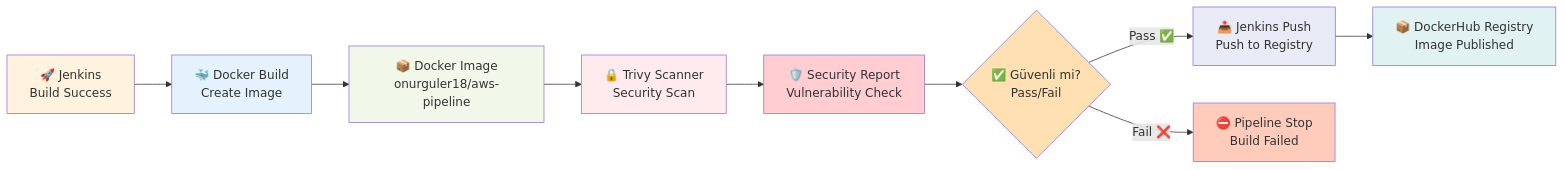
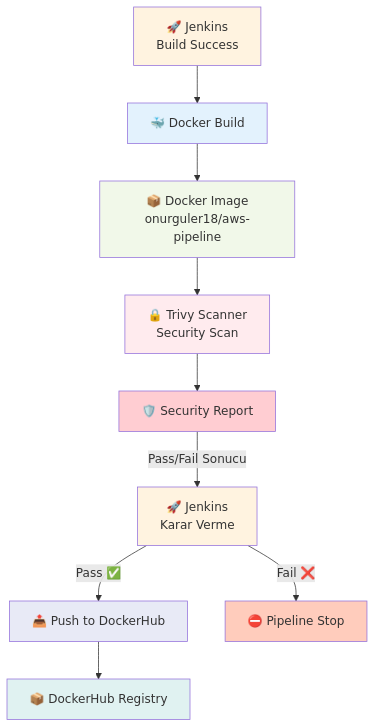
One commit to onurglr/aws-pipeline changed the fourth of 7 diagrams in README.md. Above: the diagram before and after it, drawn with Mermaid.

````diff
--- a/README.md
+++ b/README.md
@@ -172,21 +172,21 @@
 ```mermaid
-graph LR
-    JM[🚀 Jenkins<br/>Build Success] --> D[🐳 Docker Build<br/>Create Image]
+graph TB
+    JM[🚀 Jenkins<br/>Build Success] --> D[🐳 Docker Build]
     D --> IMG[📦 Docker Image<br/>onurguler18/aws-pipeline]
     IMG --> T[🔒 Trivy Scanner<br/>Security Scan]
-    T --> SEC[🛡️ Security Report<br/>Vulnerability Check]
-    SEC --> DEC{✅ Güvenli mi?<br/>Pass/Fail}
-    DEC -->|Pass ✅| PUSH[📤 Jenkins Push<br/>Push to Registry]
-    DEC -->|Fail ❌| STOP[⛔ Pipeline Stop<br/>Build Failed]
-    PUSH --> DH[📦 DockerHub Registry<br/>Image Published]
+    T --> SEC[🛡️ Security Report]
+    SEC -->|Pass/Fail Sonucu| JM2[🚀 Jenkins<br/>Karar Verme]
+    JM2 -->|Pass ✅| PUSH[📤 Push to DockerHub]
+    JM2 -->|Fail ❌| STOP[⛔ Pipeline Stop]
+    PUSH --> DH[📦 DockerHub Registry]
 
     style JM fill:#fff3e0
+    style JM2 fill:#fff3e0
     style D fill:#e3f2fd
     style IMG fill:#f1f8e9
     style T fill:#ffebee
     style SEC fill:#ffcdd2
-    style DEC fill:#ffe0b2
     style PUSH fill:#e8eaf6
     style STOP fill:#ffccbc
     style DH fill:#e0f2f1
 ```
````
